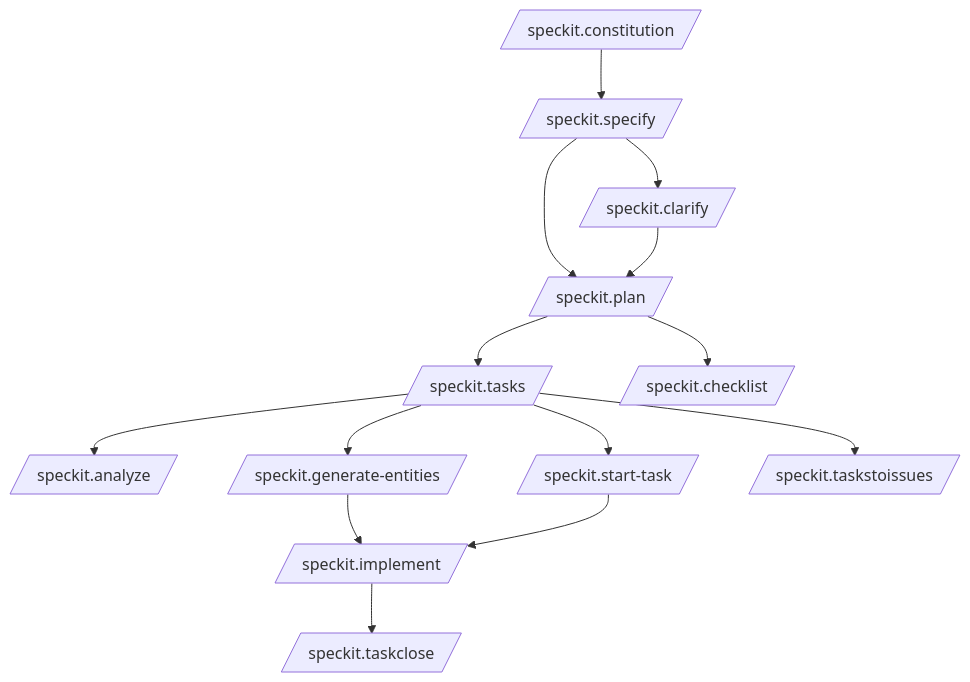
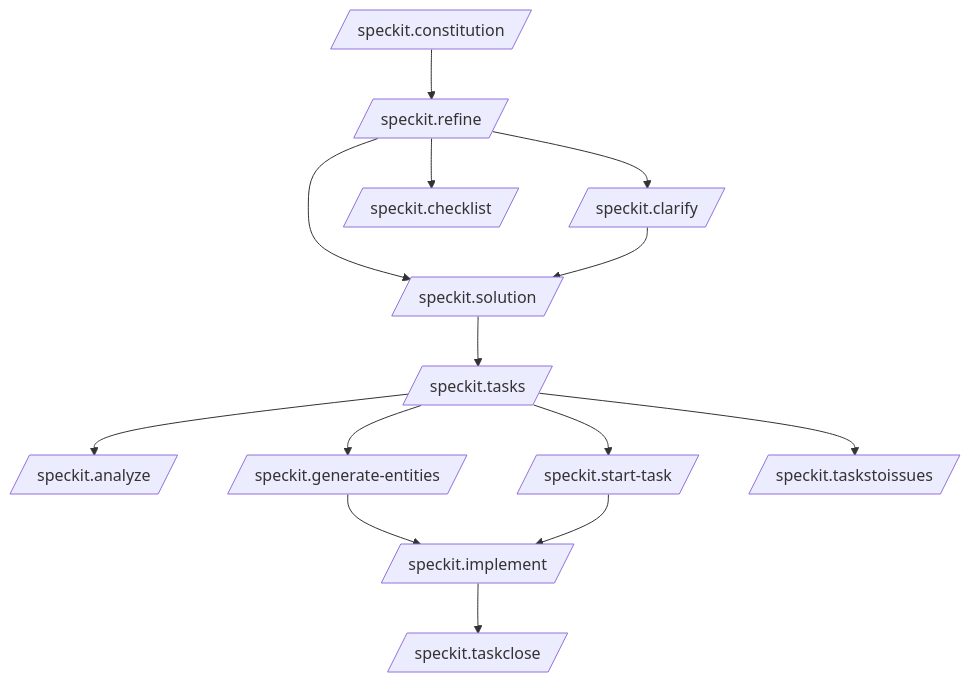
Before and after one commit to TavallaGh/FinanceManagement: the first of 2 diagrams in docs/workflows/specify-codex-flow.md, drawn with Mermaid. The commit also changed other lines of this file and 14 other files, not shown here.

Commit message:
[AC-42 ] - Fix Ai Command Naming and Align with Work-item flow

````diff
--- a/docs/workflows/specify-codex-flow.md
+++ b/docs/workflows/specify-codex-flow.md
@@ -7,16 +7,16 @@
 ```mermaid
 flowchart TD
-    A[/speckit.constitution/] --> B[/speckit.specify/]
+    A[/speckit.constitution/] --> B[/speckit.refine/]
     B --> C[/speckit.clarify/]
-    B --> D[/speckit.plan/]
+    B --> CL[/speckit.checklist/]
+    B --> D[/speckit.solution/]
     C --> D
     D --> E[/speckit.tasks/]
-    D --> F[/speckit.checklist/]
     E --> G[/speckit.analyze/]
     E --> GE[/speckit.generate-entities/]
     E --> ST[/speckit.start-task/]
     GE --> H[/speckit.implement/]
     ST --> H[/speckit.implement/]
     E --> I[/speckit.taskstoissues/]
     H --> J[/speckit.taskclose/]
 ```
````
